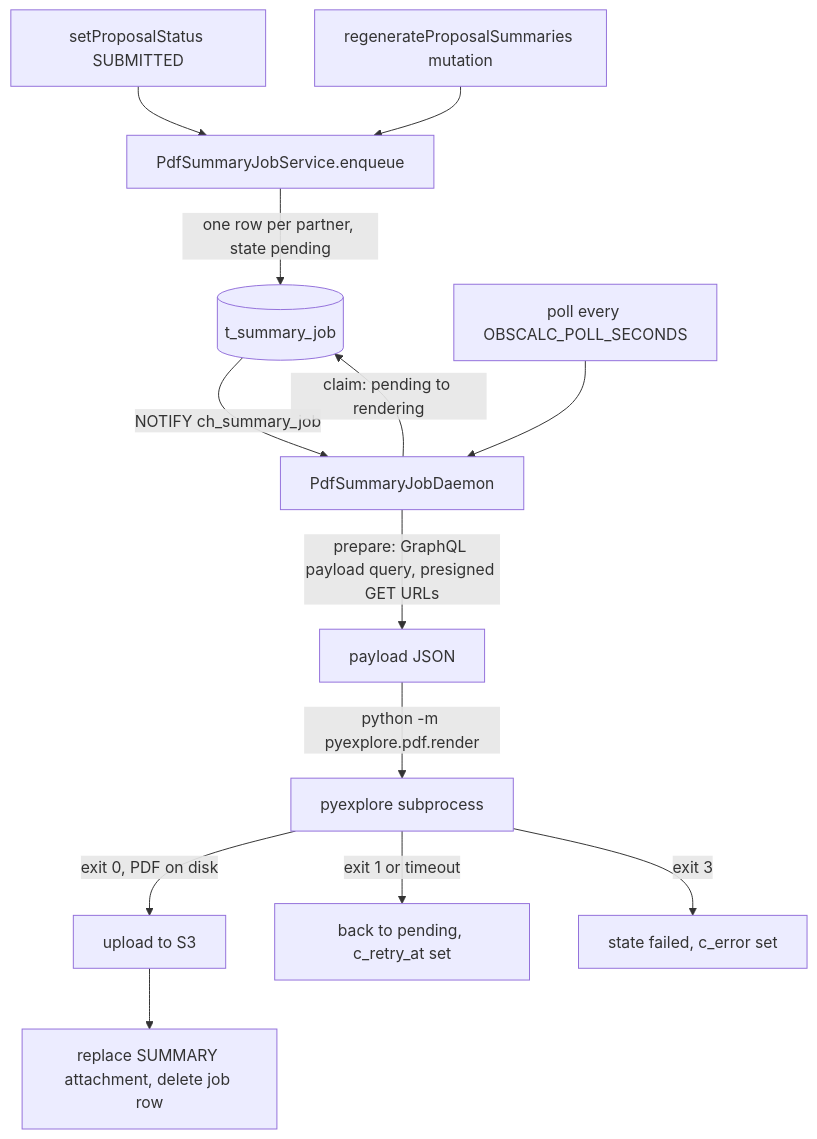
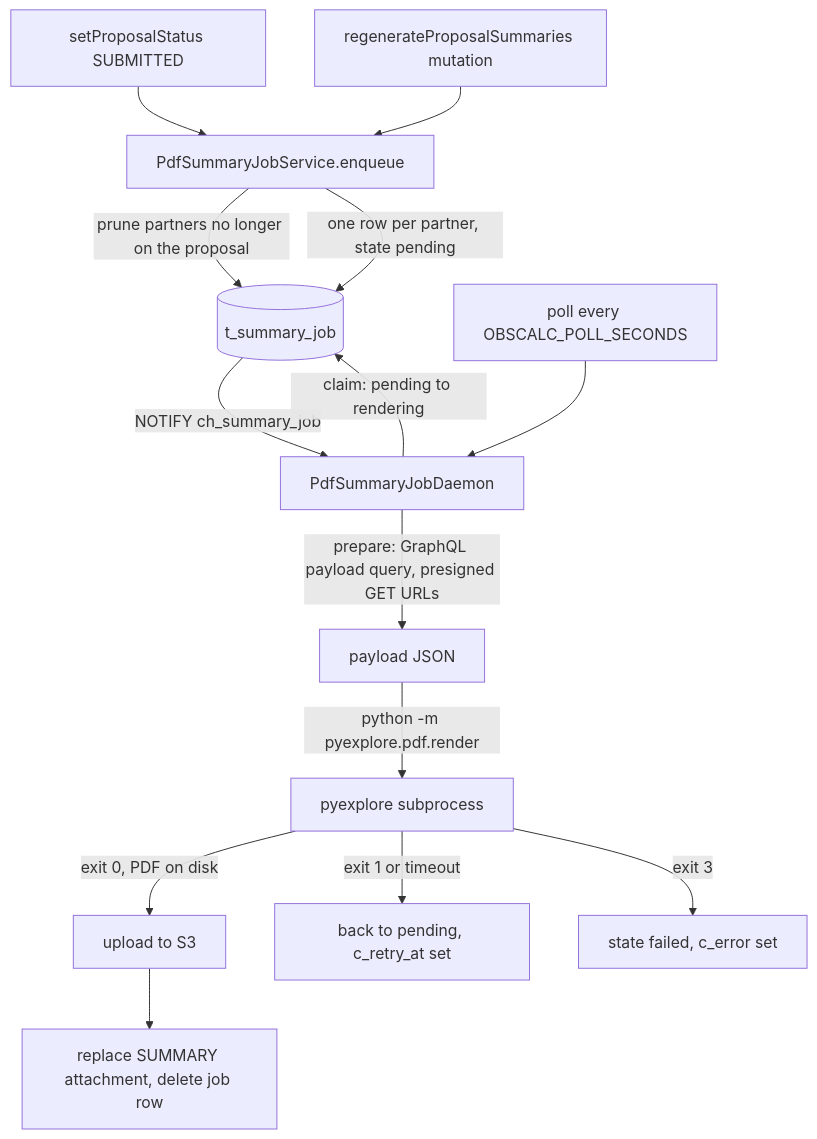
Before and after one commit to gemini-hlsw/lucuma-odb: the first of 2 diagrams in modules/pdf-summary/pdf-summary-flow.md, drawn with Mermaid. The commit also changed other lines of this file and 2 other files, not shown here.

Commit message:
Prune summaries for partners the proposal no longer has

````diff
--- a/modules/pdf-summary/pdf-summary-flow.md
+++ b/modules/pdf-summary/pdf-summary-flow.md
@@ -17,15 +17,16 @@
 ```mermaid
 flowchart TD
     submit[setProposalStatus SUBMITTED] --> enqueue[PdfSummaryJobService.enqueue]
     regen[regenerateProposalSummaries mutation] --> enqueue
-    enqueue -->|one row per partner, state pending| jobs[(t_summary_job)]
+    enqueue -->|prune partners no longer on the proposal| jobs[(t_summary_job)]
+    enqueue -->|one row per partner, state pending| jobs
     jobs -->|NOTIFY ch_summary_job| daemon[PdfSummaryJobDaemon]
     poll[poll every OBSCALC_POLL_SECONDS] --> daemon
     daemon -->|claim: pending to rendering| jobs
     daemon -->|prepare: GraphQL payload query, presigned GET URLs| payload[payload JSON]
     payload -->|python -m pyexplore.pdf.render| pyexplore[pyexplore subprocess]
     pyexplore -->|exit 0, PDF on disk| upload[upload to S3]
     upload --> attach[replace SUMMARY attachment, delete job row]
     pyexplore -->|exit 1 or timeout| retry[back to pending, c_retry_at set]
     pyexplore -->|exit 3| failed[state failed, c_error set]
 ```
````
